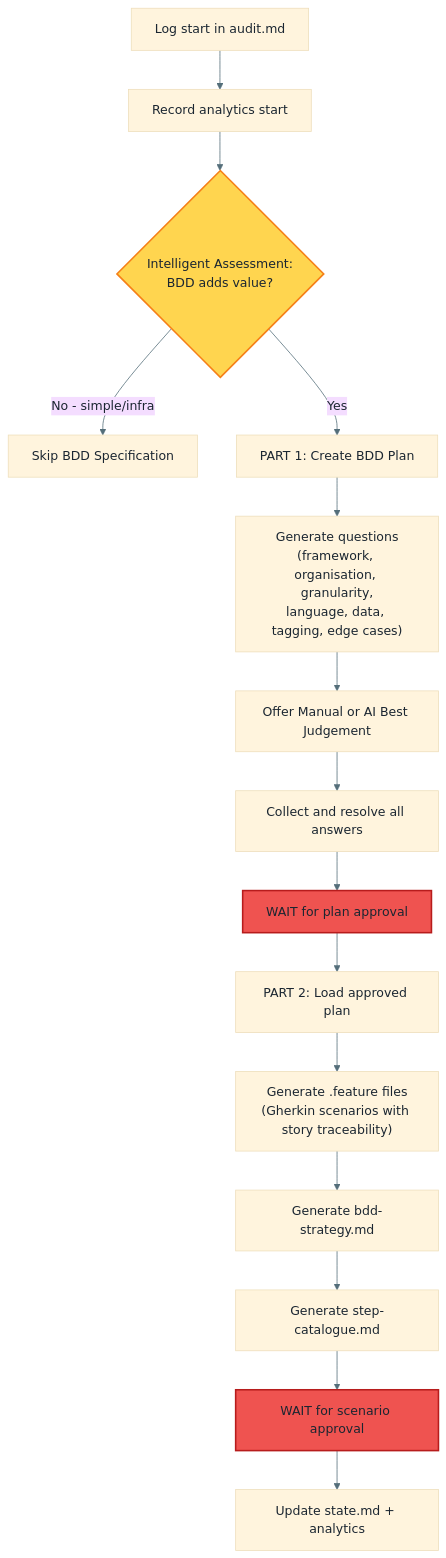
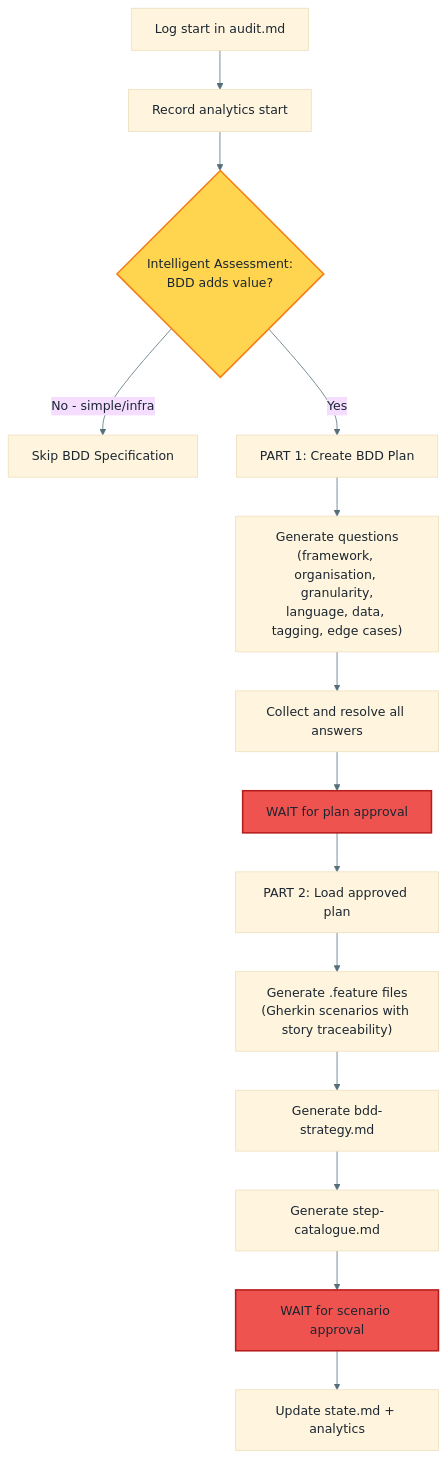
Diagram 20 of 26 in docs/WORKFLOW-FULL-DETAILED.md (premkumarjanagarajan/fluid-flow-ai), drawn with Mermaid before and after one commit. The commit also changed other lines of this file and 13 other files, not shown here.

First line of the commit message:
refactor: remove AI Best Judgement option from Comprehensive Path question flow

````diff
--- a/docs/WORKFLOW-FULL-DETAILED.md
+++ b/docs/WORKFLOW-FULL-DETAILED.md
@@ -951,22 +950,21 @@
 ```mermaid
 %%{init: {'theme': 'base', 'themeVariables': {'primaryTextColor': '#1B2631', 'lineColor': '#546E7A', 'textColor': '#1B2631'}}}%%
 flowchart TD
     A["Log start in audit.md"] --> B["Record analytics start"]
     B --> C{"Intelligent Assessment:<br/>BDD adds value?"}
     C -->|No - simple/infra| D["Skip BDD Specification"]
     C -->|Yes| E["PART 1: Create BDD Plan"]
     E --> F["Generate questions<br/>(framework, organisation, granularity,<br/>language, data, tagging, edge cases)"]
-    F --> G["Offer Manual or AI Best Judgement"]
-    G --> H["Collect and resolve all answers"]
-    H --> I["WAIT for plan approval"]
-    I --> J["PART 2: Load approved plan"]
-    J --> K["Generate .feature files<br/>(Gherkin scenarios with story traceability)"]
-    K --> L["Generate bdd-strategy.md"]
-    L --> M["Generate step-catalogue.md"]
-    M --> N["WAIT for scenario approval"]
-    N --> O["Update state.md + analytics"]
+    F --> G["Collect and resolve all answers"]
+    G --> H["WAIT for plan approval"]
+    H --> I["PART 2: Load approved plan"]
+    I --> J["Generate .feature files<br/>(Gherkin scenarios with story traceability)"]
+    J --> K["Generate bdd-strategy.md"]
+    K --> L["Generate step-catalogue.md"]
+    L --> M["WAIT for scenario approval"]
+    M --> N["Update state.md + analytics"]
 
     style C fill:#FFD54F,stroke:#F57F17,stroke-width:2px
-    style I fill:#EF5350,stroke:#B71C1C,stroke-width:2px
-    style N fill:#EF5350,stroke:#B71C1C,stroke-width:2px
+    style H fill:#EF5350,stroke:#B71C1C,stroke-width:2px
+    style M fill:#EF5350,stroke:#B71C1C,stroke-width:2px
 ```
````
